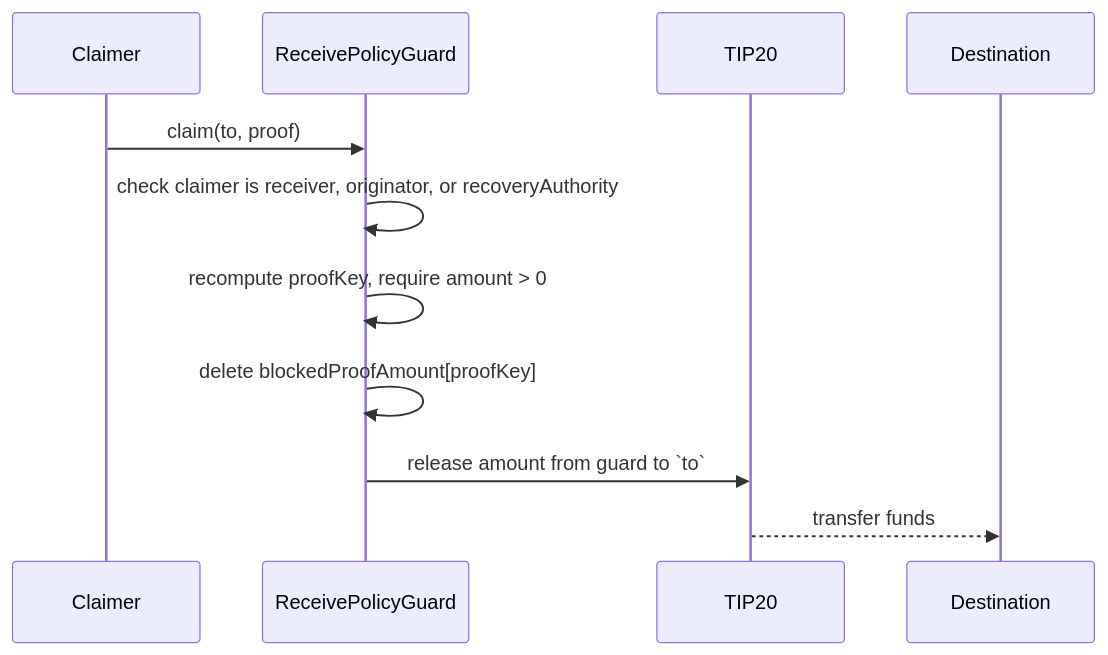
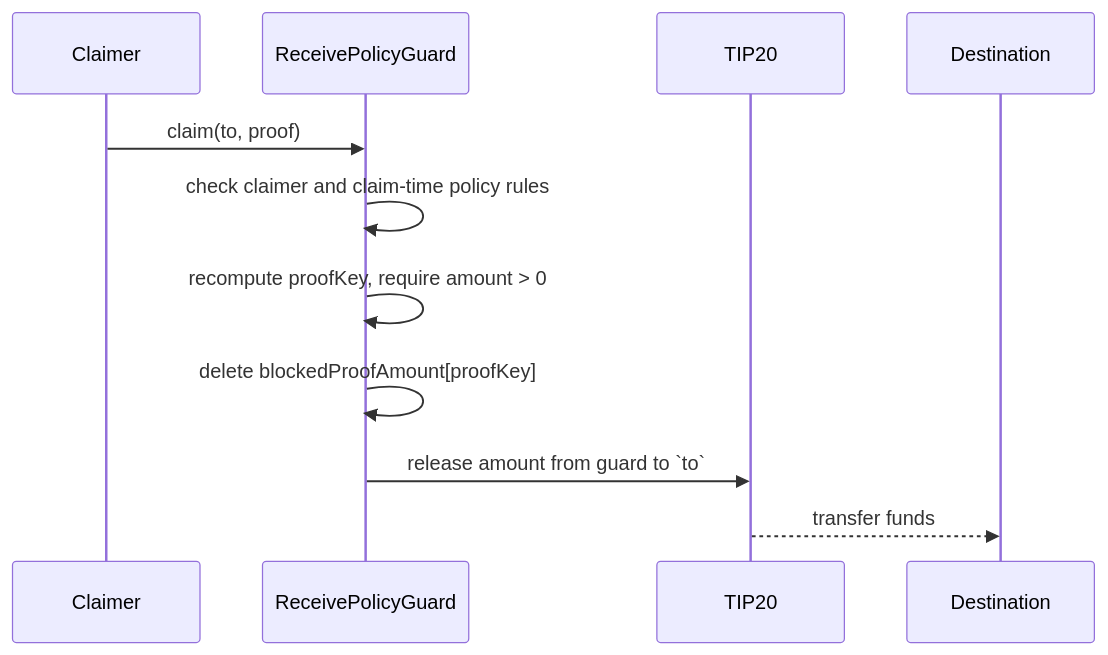
Before and after one commit to tempoxyz/tempo: the second of 2 diagrams in tips/tip-1028.md, drawn with Mermaid. The commit also changed other lines of this file, not shown here.

Commit message:
docs(tip-1028): clarify claim semantics

````diff
--- a/tips/tip-1028.md
+++ b/tips/tip-1028.md
@@ -317,14 +357,14 @@
 ```mermaid
 sequenceDiagram
     participant Claimer
     participant ReceivePolicyGuard
     participant TIP20
     participant Destination
 
     Claimer->>ReceivePolicyGuard: claim(to, proof)
-    ReceivePolicyGuard->>ReceivePolicyGuard: check claimer is receiver, originator, or recoveryAuthority
+    ReceivePolicyGuard->>ReceivePolicyGuard: check claimer and claim-time policy rules
     ReceivePolicyGuard->>ReceivePolicyGuard: recompute proofKey, require amount > 0
     ReceivePolicyGuard->>ReceivePolicyGuard: delete blockedProofAmount[proofKey]
     ReceivePolicyGuard->>TIP20: release amount from guard to `to`
     TIP20-->>Destination: transfer funds
 ```
````
